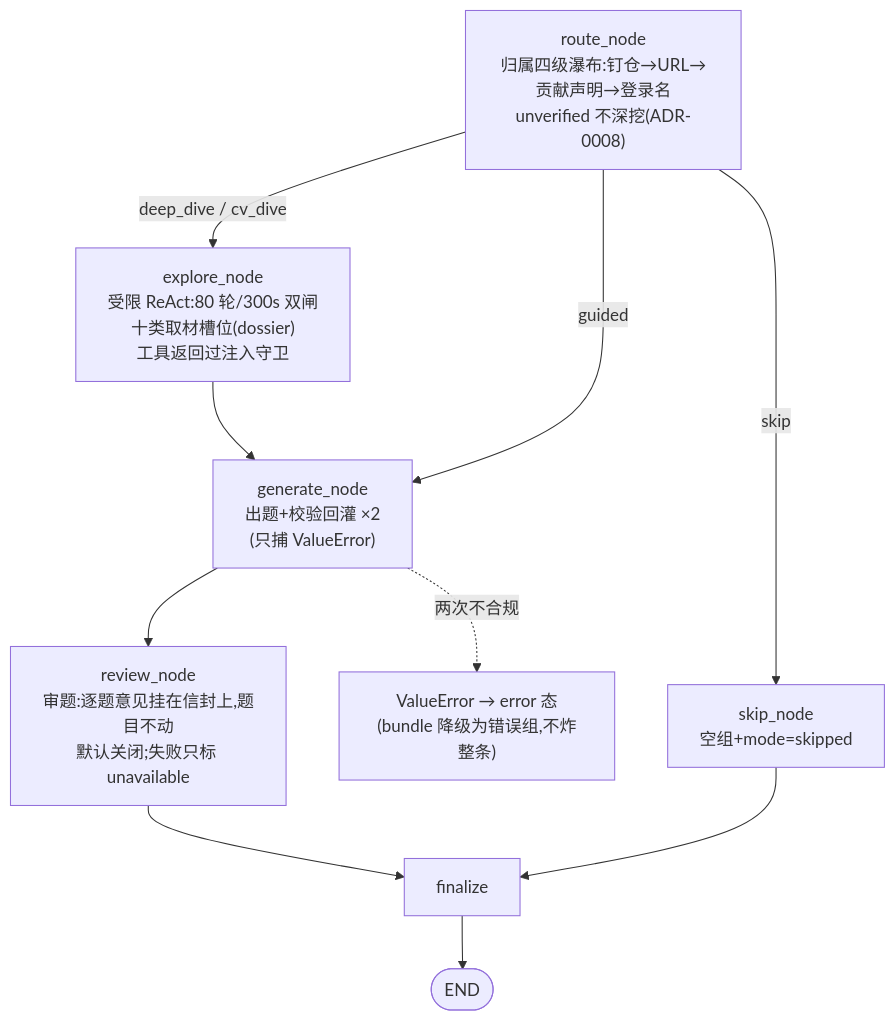
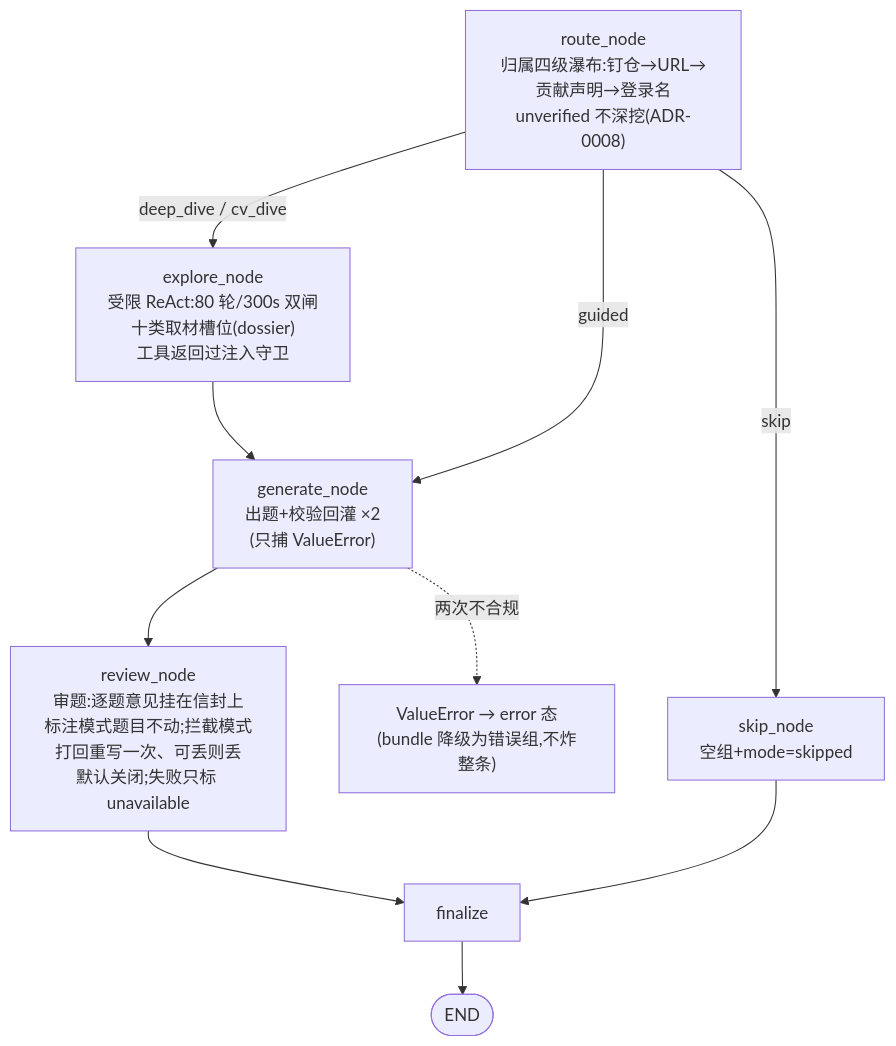
One commit to Boyuan-IT-Club/Official_Web_Agent changed the seventh of 10 diagrams in docs/architecture.md. Above: the diagram before and after it, drawn with Mermaid. The commit also changed other lines of this file and 27 other files, not shown here.

````diff
--- a/docs/architecture.md
+++ b/docs/architecture.md
@@ -254,13 +256,13 @@
 ```mermaid
 flowchart TD
     RT["route_node<br/>归属四级瀑布:钉仓→URL→贡献声明→登录名<br/>unverified 不深挖(ADR-0008)"] -->|deep_dive / cv_dive| EX["explore_node<br/>受限 ReAct:80 轮/300s 双闸<br/>十类取材槽位(dossier)<br/>工具返回过注入守卫"]
     RT -->|guided| GEN["generate_node<br/>出题+校验回灌 ×2<br/>(只捕 ValueError)"]
     RT -->|skip| SKIP["skip_node<br/>空组+mode=skipped"]
     EX --> GEN
-    GEN --> REV["review_node<br/>审题:逐题意见挂在信封上,题目不动<br/>默认关闭;失败只标 unavailable"]
+    GEN --> REV["review_node<br/>审题:逐题意见挂在信封上<br/>标注模式题目不动;拦截模式打回重写一次、可丢则丢<br/>默认关闭;失败只标 unavailable"]
     REV --> FIN["finalize"]
     SKIP --> FIN
     FIN --> E(["END"])
 
     GEN -.两次不合规.-> ERR["ValueError → error 态<br/>(bundle 降级为错误组,不炸整条)"]
 ```
````
